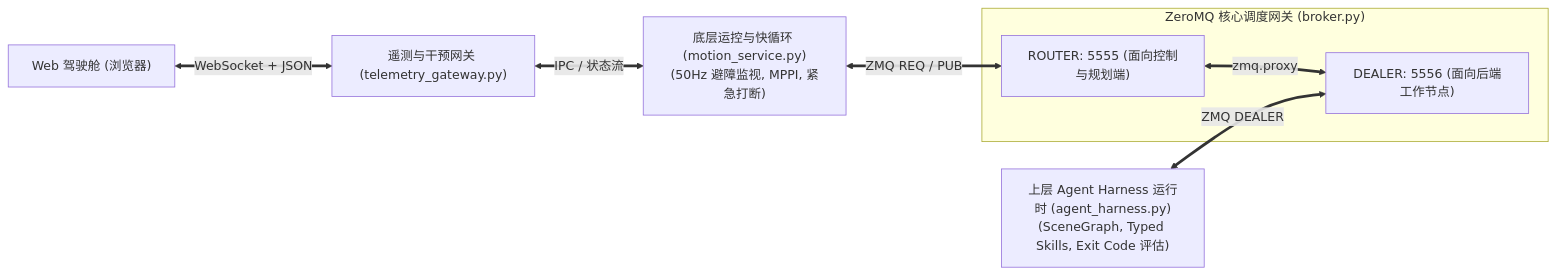
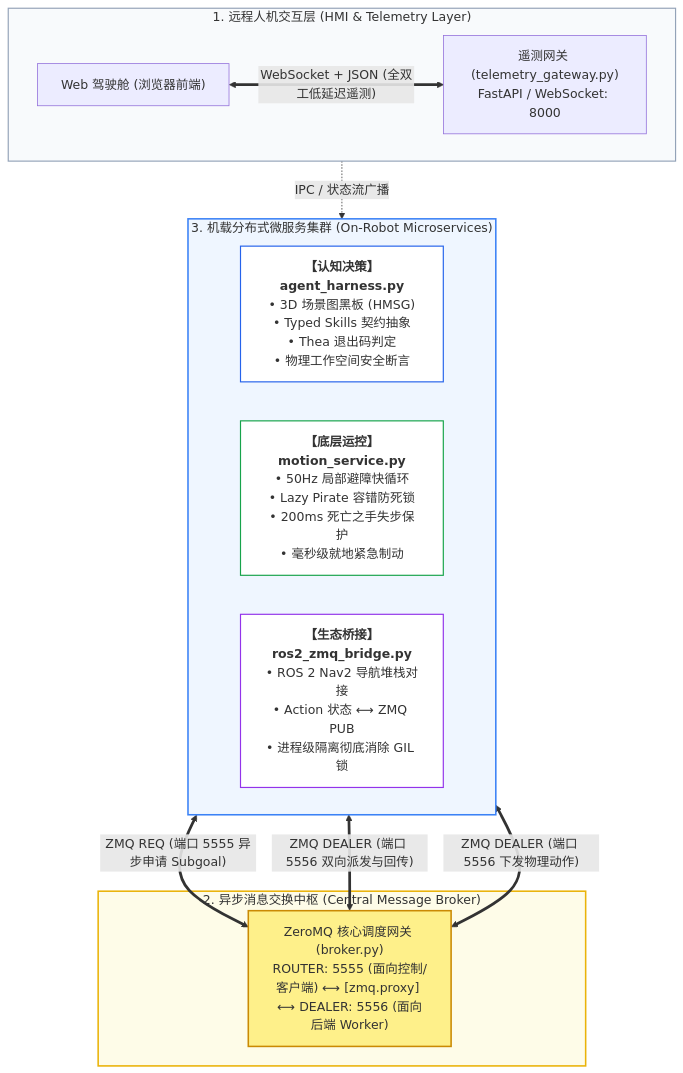
Diagram 15 of 16 in _posts/research/2026-09-07-Embodied-Agent-Harness-Survey.md (TingdeLiu/tingdeliu.github.io), drawn with Mermaid before and after one commit.

Commit message:
style(research): re-layout Section 5 Mermaid architecture diagram to 3-tier vertical hierarchy for larger font

````diff
--- a/_posts/research/2026-09-07-Embodied-Agent-Harness-Survey.md
+++ b/_posts/research/2026-09-07-Embodied-Agent-Harness-Survey.md
@@ -733,15 +733,32 @@
 ```mermaid
-flowchart LR
-    WebClient["Web 驾驶舱 (浏览器)"] <== "WebSocket + JSON" ==> TelemetryGateway["遥测与干预网关 (telemetry_gateway.py)"]
-    
-    subgraph CentralBroker["ZeroMQ 核心调度网关 (broker.py)"]
-        RouterPort["ROUTER: 5555 (面向控制与规划端)"]
-        DealerPort["DEALER: 5556 (面向后端工作节点)"]
-        RouterPort <==>|"zmq.proxy"| DealerPort
+flowchart TD
+    subgraph UI_Layer["1. 远程人机交互层 (HMI & Telemetry Layer)"]
+        direction LR
+        WebClient["Web 驾驶舱 (浏览器前端)"] <== "WebSocket + JSON (全双工低延迟遥测)" ==> TelemetryGateway["遥测网关 (telemetry_gateway.py)<br/>FastAPI / WebSocket: 8000"]
     end
 
-    AgentHarness["上层 Agent Harness 运行时 (agent_harness.py)<br/>(SceneGraph, Typed Skills, Exit Code 评估)"] <== "ZMQ DEALER" ==> DealerPort
-    MotionService["底层运控与快循环 (motion_service.py)<br/>(50Hz 避障监视, MPPI, 紧急打断)"] <== "ZMQ REQ / PUB" ==> RouterPort
+    subgraph Broker_Layer["2. 异步消息交换中枢 (Central Message Broker)"]
+        Broker["ZeroMQ 核心调度网关 (broker.py)<br/>ROUTER: 5555 (面向控制/客户端) ⟷ [zmq.proxy] ⟷ DEALER: 5556 (面向后端 Worker)"]
+    end
 
-    TelemetryGateway <== "IPC / 状态流" ==> MotionService
+    subgraph Service_Layer["3. 机载分布式微服务集群 (On-Robot Microservices)"]
+        direction LR
+        AgentHarness["<b>【认知决策】agent_harness.py</b><br/>• 3D 场景图黑板 (HMSG)<br/>• Typed Skills 契约抽象<br/>• Thea 退出码判定<br/>• 物理工作空间安全断言"]
+        MotionService["<b>【底层运控】motion_service.py</b><br/>• 50Hz 局部避障快循环<br/>• Lazy Pirate 容错防死锁<br/>• 200ms 死亡之手失步保护<br/>• 毫秒级就地紧急制动"]
+        Ros2Bridge["<b>【生态桥接】ros2_zmq_bridge.py</b><br/>• ROS 2 Nav2 导航堆栈对接<br/>• Action 状态 ⟷ ZMQ PUB<br/>• 进程级隔离彻底消除 GIL 锁"]
+    end
+
+    TelemetryGateway -.->|"IPC / 状态流广播"| MotionService
+    
+    MotionService <== "ZMQ REQ (端口 5555 异步申请 Subgoal)" ==> Broker
+    Broker <== "ZMQ DEALER (端口 5556 双向派发与回传)" ==> AgentHarness
+    Broker <== "ZMQ DEALER (端口 5556 下发物理动作)" ==> Ros2Bridge
+
+    style UI_Layer fill:#f8fafc,stroke:#94a3b8,stroke-width:1.5px
+    style Broker_Layer fill:#fefce8,stroke:#eab308,stroke-width:2px
+    style Broker fill:#fef08a,stroke:#ca8a04,stroke-width:2px
+    style Service_Layer fill:#eff6ff,stroke:#3b82f6,stroke-width:2px
+    style AgentHarness fill:#ffffff,stroke:#2563eb,stroke-width:1.5px
+    style MotionService fill:#ffffff,stroke:#16a34a,stroke-width:1.5px
+    style Ros2Bridge fill:#ffffff,stroke:#9333ea,stroke-width:1.5px
 ```
````
